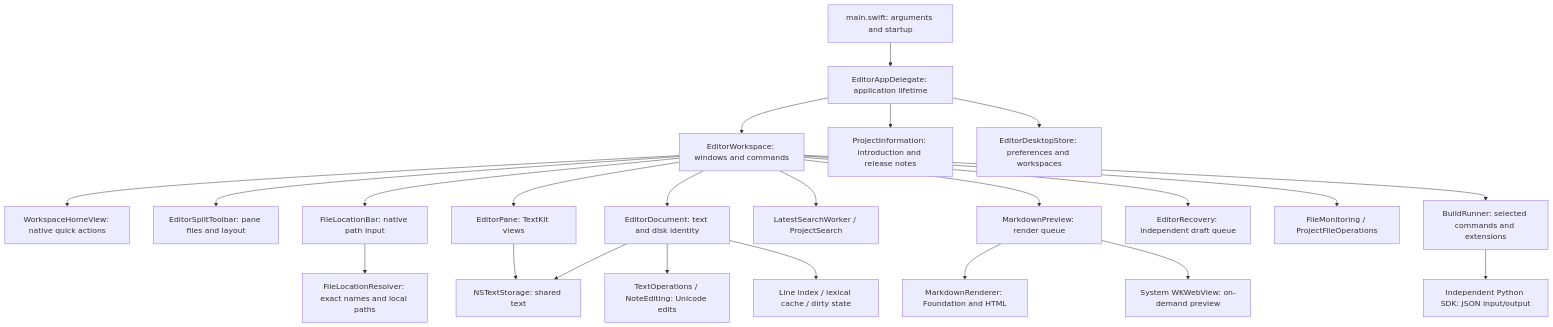
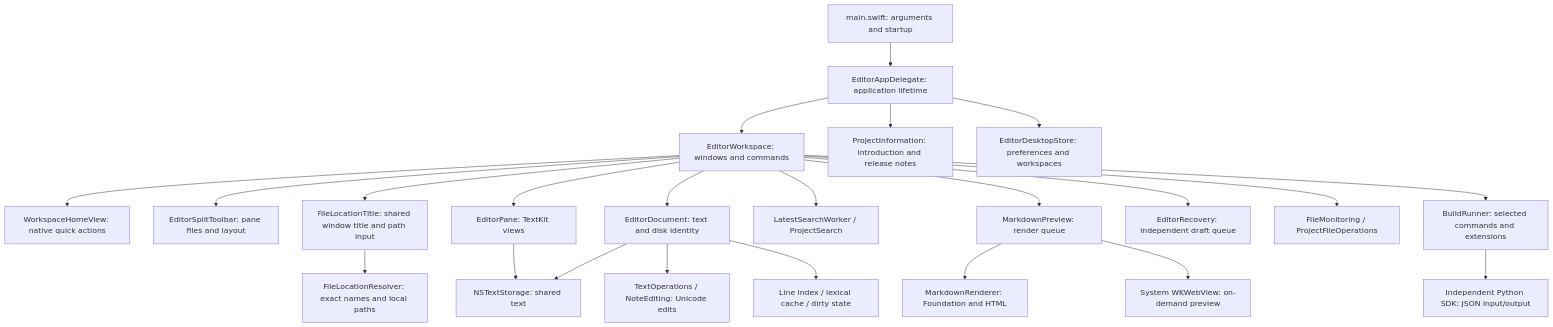
One commit to ziqi-wlb/OpenSourceEditor changed the diagram in docs/architecture.md. Above: the diagram before and after it, drawn with Mermaid. The commit also changed 18 other files, not shown here.

Commit message:
feat(editor): reuse window titles for transient path input

````diff
--- a/docs/architecture.md
+++ b/docs/architecture.md
@@ -11,25 +11,25 @@
 ```mermaid
 flowchart TB
     entry[main.swift: arguments and startup] --> app[EditorAppDelegate: application lifetime]
     app --> workspace[EditorWorkspace: windows and commands]
     app --> information[ProjectInformation: introduction and release notes]
     workspace --> home[WorkspaceHomeView: native quick actions]
     workspace --> splits[EditorSplitToolbar: pane files and layout]
-    workspace --> location[FileLocationBar: native path input]
+    workspace --> location[FileLocationTitle: shared window title and path input]
     location --> resolver[FileLocationResolver: exact names and local paths]
     workspace --> doc[EditorDocument: text and disk identity]
     workspace --> panes[EditorPane: TextKit views]
     panes --> storage[NSTextStorage: shared text]
     doc --> storage
     doc --> operations[TextOperations / NoteEditing: Unicode edits]
     doc --> indexes[Line index / lexical cache / dirty state]
     workspace --> search[LatestSearchWorker / ProjectSearch]
     workspace --> preview[MarkdownPreview: render queue]
     preview --> renderer[MarkdownRenderer: Foundation and HTML]
     preview --> web[System WKWebView: on-demand preview]
     workspace --> recovery[EditorRecovery: independent draft queue]
     app --> desktop[EditorDesktopStore: preferences and workspaces]
     workspace --> files[FileMonitoring / ProjectFileOperations]
     workspace --> services[BuildRunner: selected commands and extensions]
     services --> python[Independent Python SDK: JSON input/output]
 ```
````
